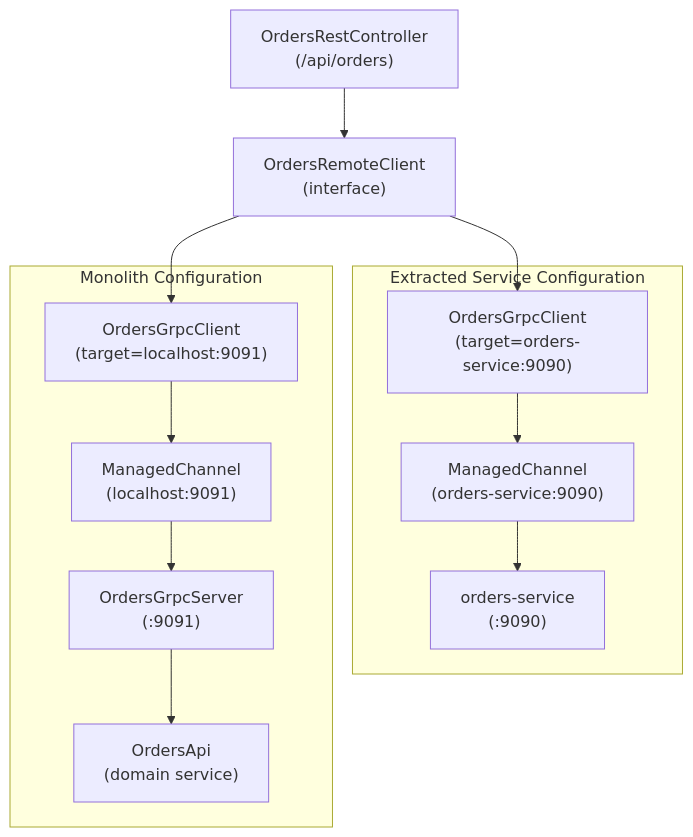
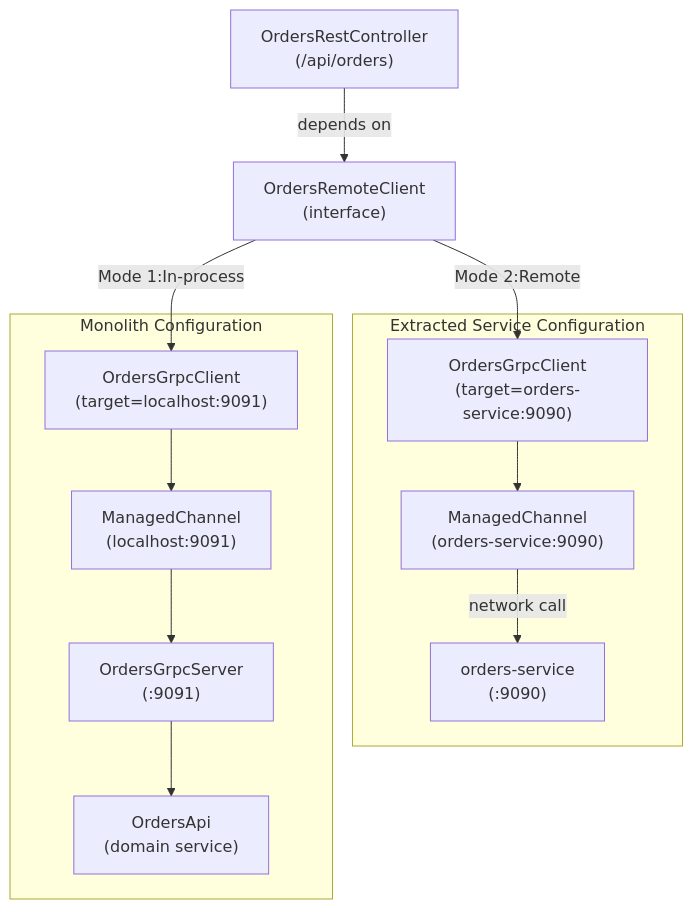
The sixth of 6 diagrams in docs/deepwiki/gRPC-Services-and-Protocol-Buffers.md (philipz/spring-modular-monolith), drawn with Mermaid before and after one commit. The commit also changed other lines of this file and 55 other files, not shown here.

````diff
--- a/docs/deepwiki/gRPC-Services-and-Protocol-Buffers.md
+++ b/docs/deepwiki/gRPC-Services-and-Protocol-Buffers.md
@@ -384,35 +384,35 @@
 ```mermaid
 flowchart TD
 
 OrdersRestController["OrdersRestController<br>(/api/orders)"]
 OrdersRemoteClient["OrdersRemoteClient<br>(interface)"]
 OrdersGrpcClient_Local["OrdersGrpcClient<br>(target=localhost:9091)"]
 ManagedChannel_Local["ManagedChannel<br>(localhost:9091)"]
 OrdersGrpcServer["OrdersGrpcServer<br>(:9091)"]
 OrdersApi["OrdersApi<br>(domain service)"]
 OrdersGrpcClient_Remote["OrdersGrpcClient<br>(target=orders-service:9090)"]
 ManagedChannel_Remote["ManagedChannel<br>(orders-service:9090)"]
 ExternalOrdersService["orders-service<br>(:9090)"]
 
-OrdersRestController --> OrdersRemoteClient
-OrdersRemoteClient --> OrdersGrpcClient_Local
-OrdersRemoteClient --> OrdersGrpcClient_Remote
+OrdersRestController -->|"depends on"| OrdersRemoteClient
+OrdersRemoteClient -->|"Mode 1:In-process"| OrdersGrpcClient_Local
+OrdersRemoteClient -->|"Mode 2:Remote"| OrdersGrpcClient_Remote
 
 subgraph subGraph1 ["Extracted Service Configuration"]
     OrdersGrpcClient_Remote
     ManagedChannel_Remote
     ExternalOrdersService
     OrdersGrpcClient_Remote --> ManagedChannel_Remote
-    ManagedChannel_Remote --> ExternalOrdersService
+    ManagedChannel_Remote -->|"network call"| ExternalOrdersService
 end
 
 subgraph subGraph0 ["Monolith Configuration"]
     OrdersGrpcClient_Local
     ManagedChannel_Local
     OrdersGrpcServer
     OrdersApi
     OrdersGrpcClient_Local --> ManagedChannel_Local
     ManagedChannel_Local --> OrdersGrpcServer
     OrdersGrpcServer --> OrdersApi
 end
 ```
````
